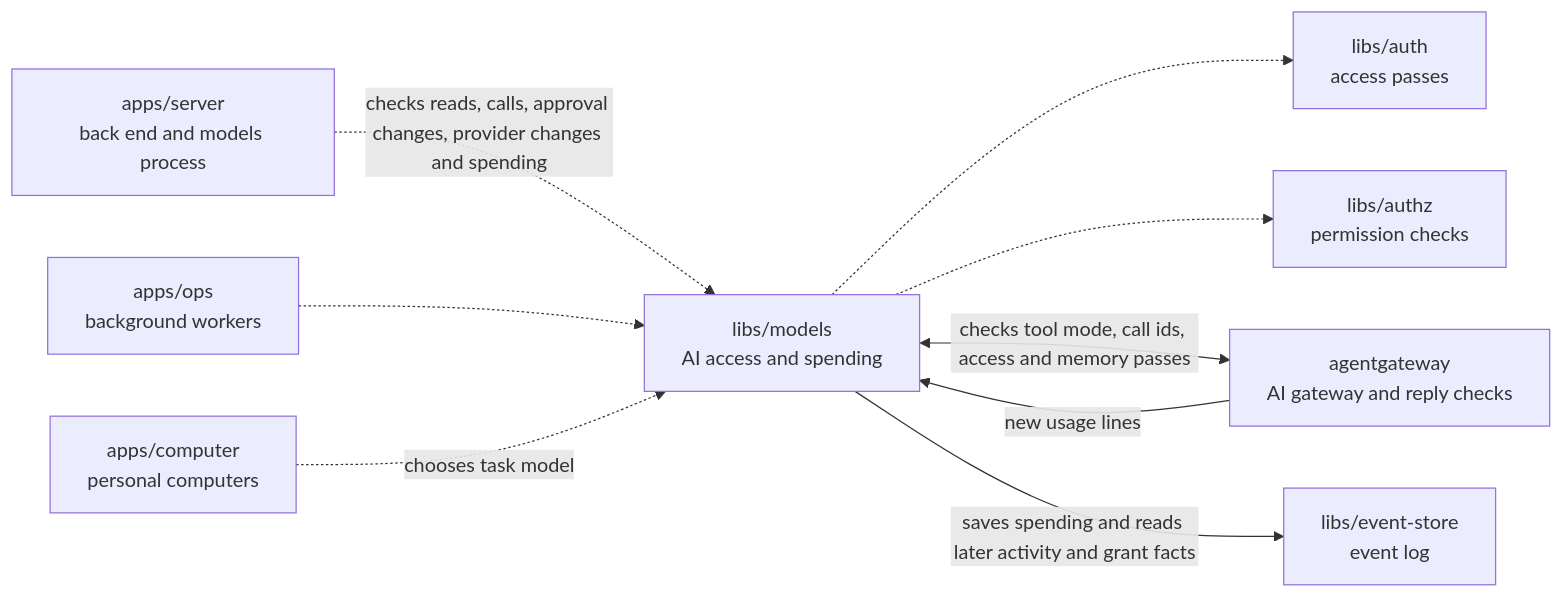
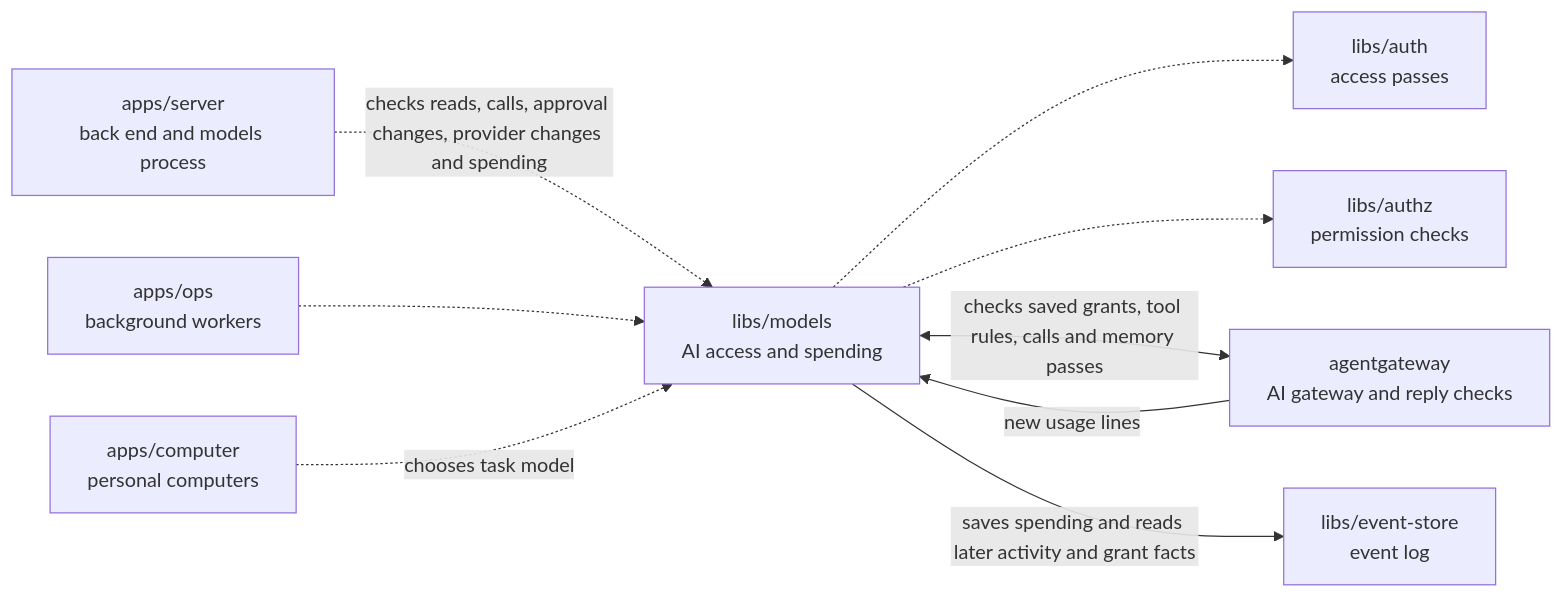
Before and after one commit to elewa-git/opencrane-new: the diagram in libs/models/README.md, drawn with Mermaid. The commit also changed other lines of this file and 4 other files, not shown here.

Commit message:
📖 Explain saved memory access and the remaining qualification limits

````diff
--- a/libs/models/README.md
+++ b/libs/models/README.md
@@ -11,11 +11,11 @@
 ```mermaid
 flowchart LR
   server["apps/server<br/>back end and models process"] -.->|checks reads, calls, approval changes, provider changes and spending| models["libs/models<br/>AI access and spending"]
   ops["apps/ops<br/>background workers"] -.-> models
   computer["apps/computer<br/>personal computers"] -.->|chooses task model| models
   models -.-> auth["libs/auth<br/>access passes"]
   models -.-> authz["libs/authz<br/>permission checks"]
-  models <-->|checks tool mode, call ids, access and memory passes| gateway["agentgateway<br/>AI gateway and reply checks"]
+  models <-->|checks saved grants, tool rules, calls and memory passes| gateway["agentgateway<br/>AI gateway and reply checks"]
   gateway -->|new usage lines| models
   models -->|saves spending and reads later activity and grant facts| store["libs/event-store<br/>event log"]
 ```
````
